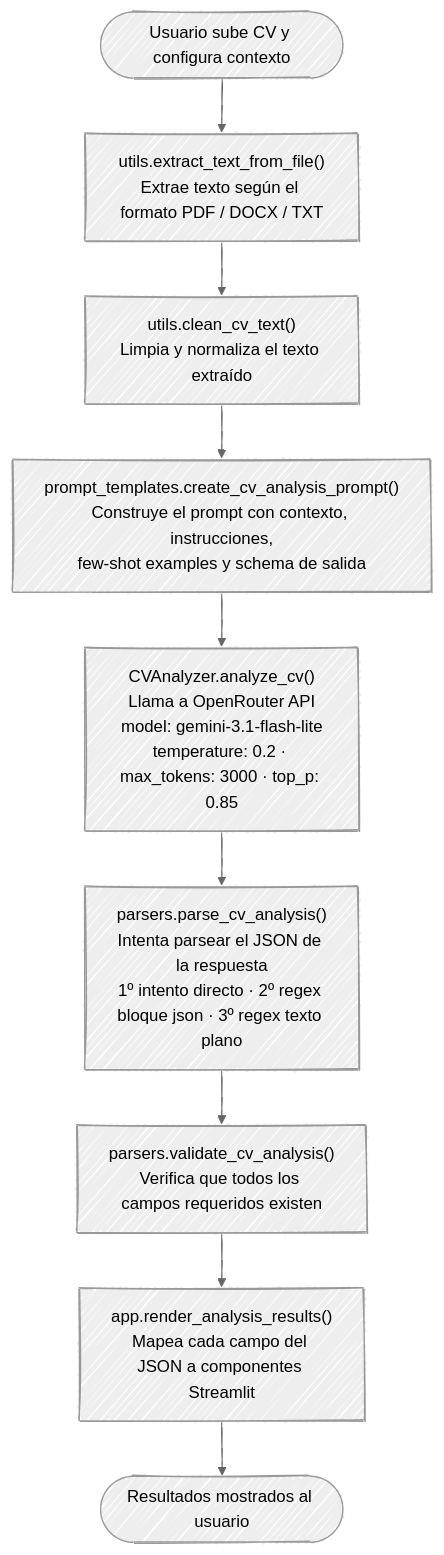
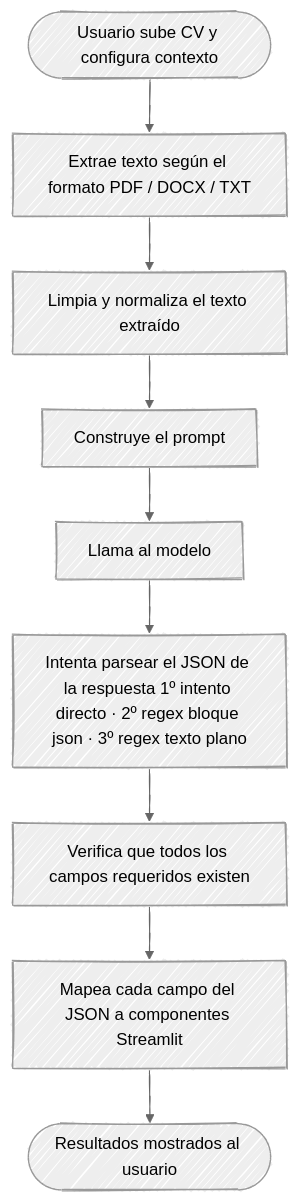
The third of 3 diagrams in doc.md (jamarcas1984/cv-assistant-ai), drawn with Mermaid before and after one commit. The commit also changed other lines of this file, not shown here.

Commit message:
feat: initial commit - CV Assistant AI project

````diff
--- a/doc.md
+++ b/doc.md
@@ -205,17 +205,17 @@
 ```mermaid
 ---
 config:
   look: handDrawn
   theme: neutral
 ---
 flowchart TD
     S([Usuario sube CV y configura contexto])
-    S --> A["utils.extract_text_from_file()\nExtrae texto según el formato PDF / DOCX / TXT"]
-    A --> B["utils.clean_cv_text()\nLimpia y normaliza el texto extraído"]
-    B --> C["prompt_templates.create_cv_analysis_prompt()\nConstruye el prompt con contexto, instrucciones,\nfew-shot examples y schema de salida"]
-    C --> D["CVAnalyzer.analyze_cv()\nLlama a OpenRouter API\nmodel: gemini-3.1-flash-lite\ntemperature: 0.2 · max_tokens: 3000 · top_p: 0.85"]
-    D --> E["parsers.parse_cv_analysis()\nIntenta parsear el JSON de la respuesta\n1º intento directo · 2º regex bloque json · 3º regex texto plano"]
-    E --> F["parsers.validate_cv_analysis()\nVerifica que todos los campos requeridos existen"]
-    F --> G["app.render_analysis_results()\nMapea cada campo del JSON a componentes Streamlit"]
+    S --> A["Extrae texto según el formato PDF / DOCX / TXT"]
+    A --> B["Limpia y normaliza el texto extraído"]
+    B --> C["Construye el prompt"]
+    C --> D["Llama al modelo"]
+    D --> E["Intenta parsear el JSON de la respuesta 1º intento directo · 2º regex bloque json · 3º regex texto plano"]
+    E --> F["Verifica que todos los campos requeridos existen"]
+    F --> G["Mapea cada campo del JSON a componentes Streamlit"]
     G --> Z([Resultados mostrados al usuario])
 ```
````
